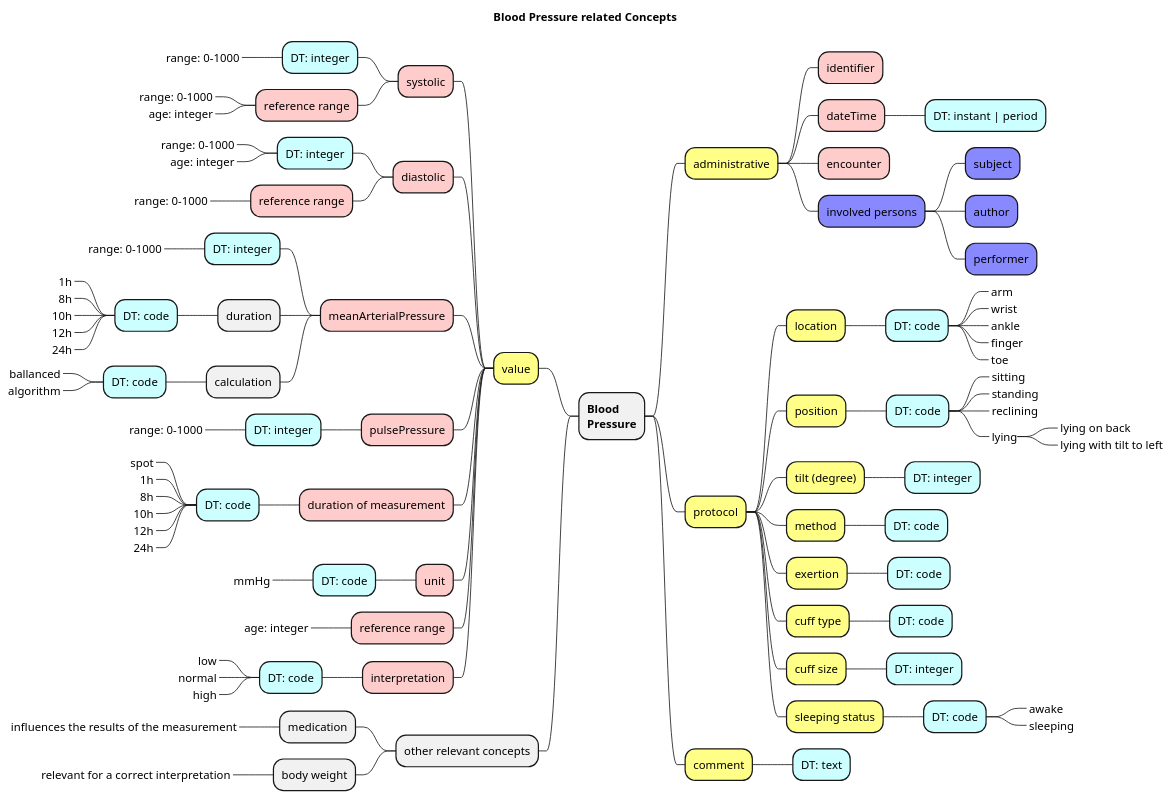
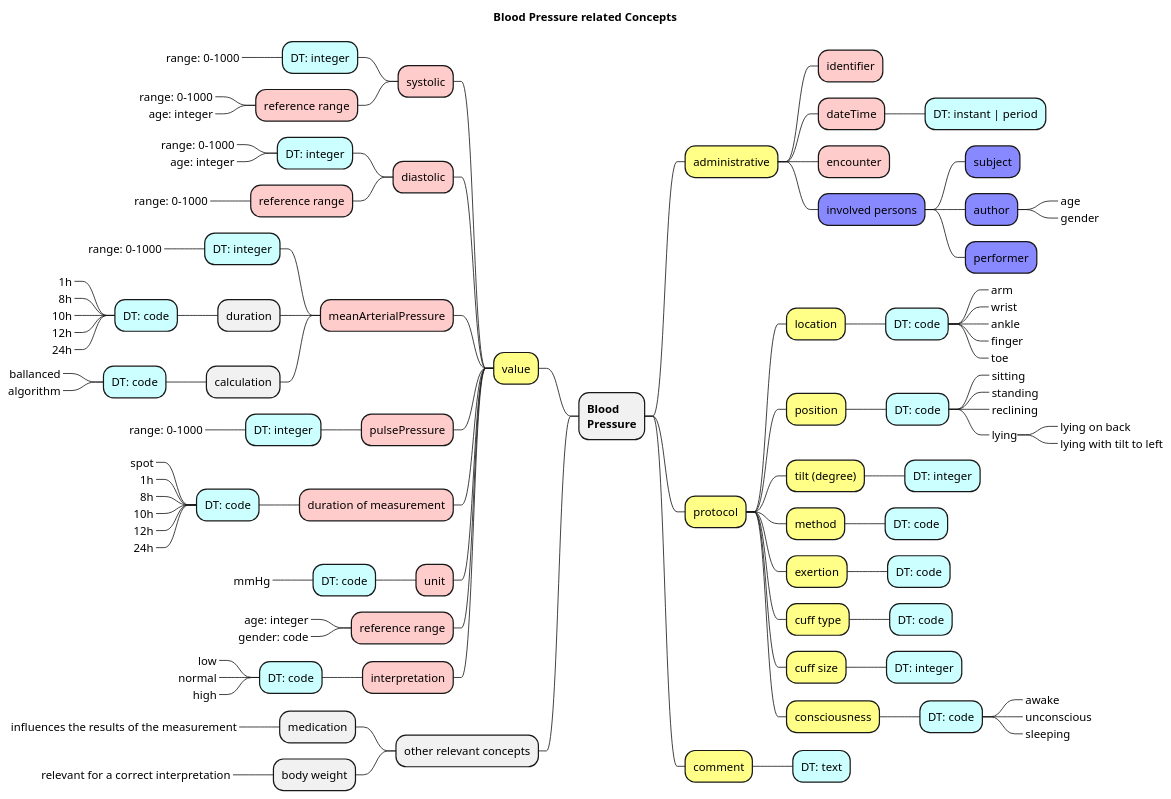
The diagram in input/images-source/bloodpressure_mm.plantuml (frankoemig/vital-signs-demo), drawn with PlantUML before and after one commit. The commit also changed 8 other files, not shown here.

```diff
--- a/input/images-source/bloodpressure_mm.plantuml
+++ b/input/images-source/bloodpressure_mm.plantuml
@@ -1,108 +1,112 @@
 @startmindmap
 
 skinparam svgDimensionStyle false
 
 title Blood Pressure related Concepts
 
 + **Blood** \n**Pressure**
 --[#ff8] value
 ---[#fcc] systolic
 ----[#cff] DT: integer
 -----_ range: 0-1000
 ----[#fcc] reference range
 -----_ range: 0-1000
 -----_ age: integer
 ---[#fcc] diastolic
 ----[#cff] DT: integer
 -----_ range: 0-1000
 -----_ age: integer
 ----[#fcc] reference range
 -----_ range: 0-1000
 ---[#fcc] meanArterialPressure
 ----[#cff] DT: integer
 -----_ range: 0-1000
 ---- duration
 -----[#cff] DT: code
 ------_ 1h
 ------_ 8h
 ------_ 10h
 ------_ 12h
 ------_ 24h
 ---- calculation
 -----[#cff] DT: code
 ------_ ballanced
 ------_ algorithm
 ---[#fcc] pulsePressure
 ----[#cff] DT: integer
 -----_ range: 0-1000
 ---[#fcc] duration of measurement
 ----[#cff] DT: code
 -----_ spot
 -----_ 1h
 -----_ 8h
 -----_ 10h
 -----_ 12h
 -----_ 24h
 ---[#fcc] unit
 ----[#cff] DT: code
 -----_ mmHg
 ---[#fcc] reference range
 ----_ age: integer
+----_ gender: code
 ---[#fcc] interpretation
 ----[#cff] DT: code
 -----_ low
 -----_ normal
 -----_ high
 
 -- other relevant concepts
 --- medication
 ----_ influences the results of the measurement
 --- body weight
 ----_ relevant for a correct interpretation
 
 ++[#ff8] administrative
 +++[#fcc] identifier
 +++[#fcc] dateTime
 ++++[#cff] DT: instant | period
 +++[#fcc] encounter
 
 +++[#88f] involved persons
 ++++[#88f] subject
 ++++[#88f] author
++++++_ age
++++++_ gender
 ++++[#88f] performer
 
 ++[#ff8] protocol
 +++[#ff8] location
 ++++[#cff] DT: code
 +++++_ arm
 +++++_ wrist
 +++++_ ankle
 +++++_ finger
 +++++_ toe
 +++[#ff8] position
 ++++[#cff] DT: code
 +++++_ sitting
 +++++_ standing
 +++++_ reclining
 +++++_ lying
 ++++++_ lying on back
 ++++++_ lying with tilt to left
 +++[#ff8] tilt (degree)
 ++++[#cff] DT: integer
 +++[#ff8] method
 ++++[#cff] DT: code
 +++[#ff8] exertion
 ++++[#cff] DT: code
 +++[#ff8] cuff type
 ++++[#cff] DT: code
 +++[#ff8] cuff size
 ++++[#cff] DT: integer
-+++[#ff8] sleeping status
++++[#ff8] consciousness
 ++++[#cff] DT: code
 +++++_ awake
++++++_ unconscious
 +++++_ sleeping
 
 ++[#ff8] comment
 +++[#cff] DT: text
 
 @endmindmap
```
